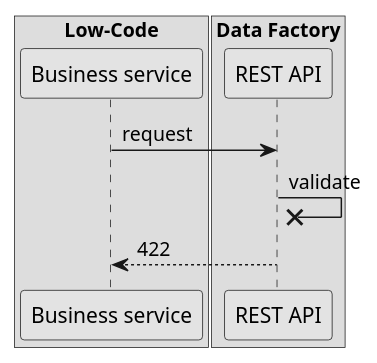
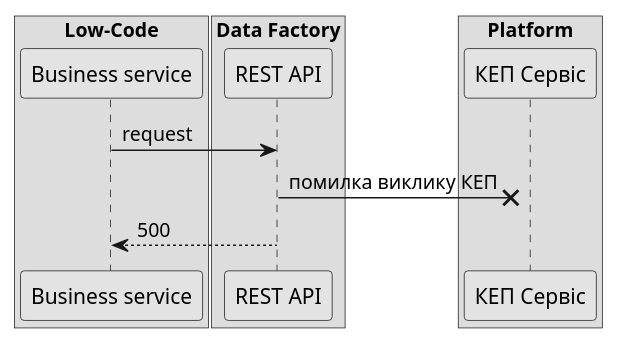
Before and after one commit to epam/edp-ddm-architecture: diagram 11 of 13 in modules/ROOT/pages/datafactory/system-errors.adoc, drawn with PlantUML. The commit also changed other lines of this file, not shown here.

```diff
--- a/modules/ROOT/pages/datafactory/system-errors.adoc
+++ b/modules/ROOT/pages/datafactory/system-errors.adoc
@@ -256,18 +425,23 @@
 [plantuml]
 ----
 @startuml
 skinparam monochrome true
 
 box "Low-Code" 
 participant "Business service" as low
 end box
 
 box "Data Factory"
     participant "REST API" as rest
 end box
 
+box "Platform"
+participant "КЕП Сервіс" as kep
+end box
+
 low -> rest: request
-rest -x rest: validate
-rest --> low: 422
+
+rest -X kep: помилка виклику КЕП
+rest --> low : 500
 @enduml
 ----
```
